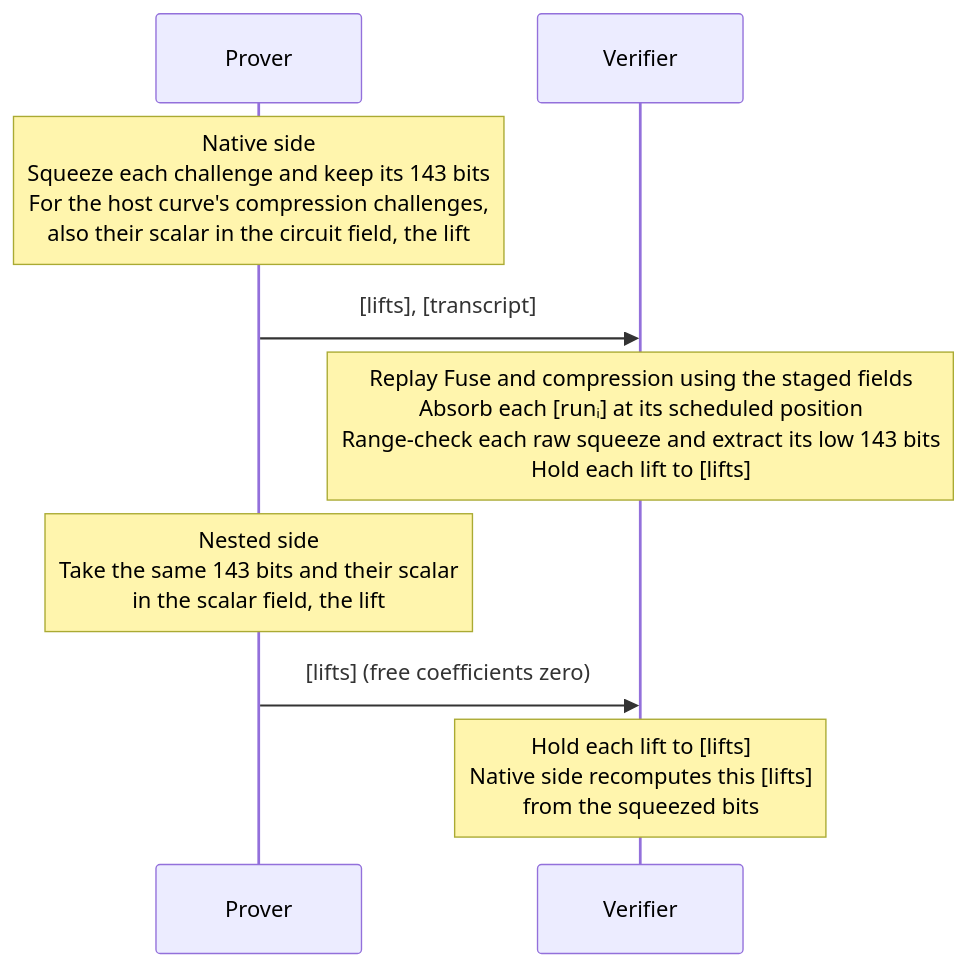
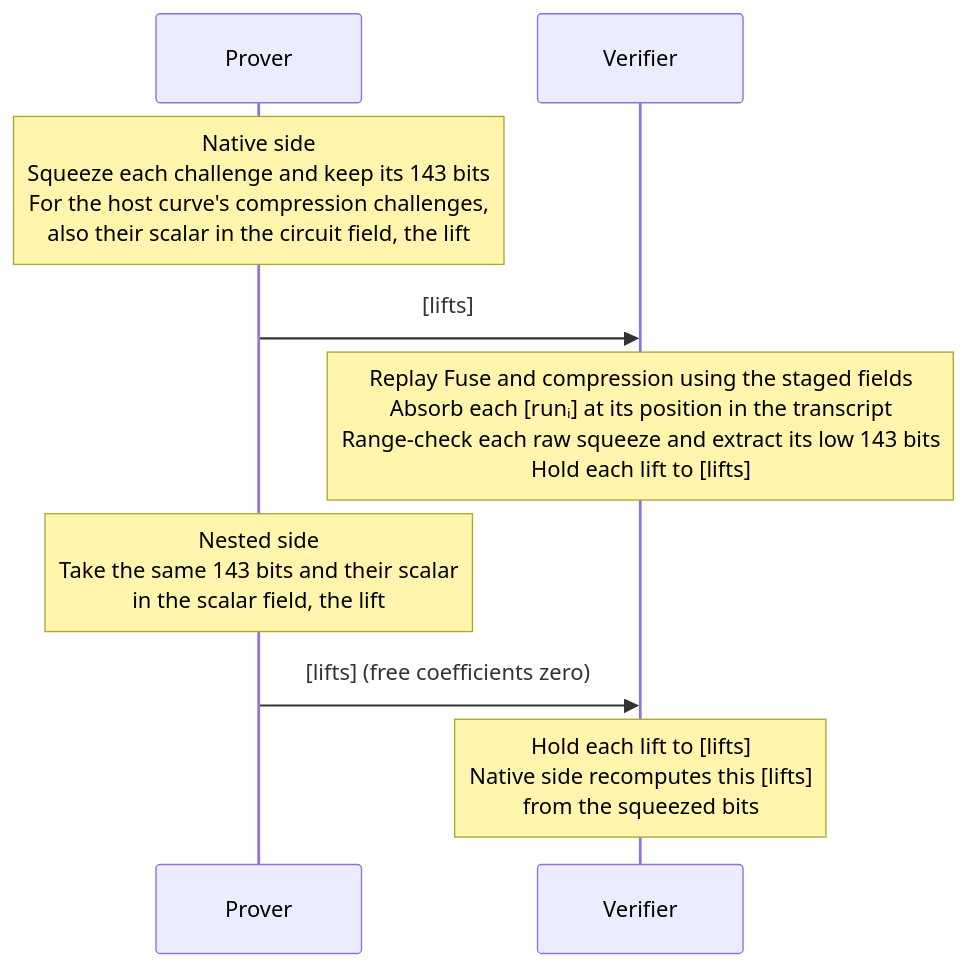
The third of 5 diagrams in book/src/protocol/recursion/decompression.md (tachyon-zcash/ragu), drawn with Mermaid before and after one commit. The commit also changed other lines of this file and 1 other file, not shown here.

````diff
--- a/book/src/protocol/recursion/decompression.md
+++ b/book/src/protocol/recursion/decompression.md
@@ -149,11 +151,11 @@
 ```mermaid
 sequenceDiagram
     participant P as Prover
     participant V as Verifier
     Note over P: Native side<br/>Squeeze each challenge and keep its 143 bits<br/>For the host curve's compression challenges,<br/>also their scalar in the circuit field, the lift
-    P->>V: [lifts], [transcript]
-    Note over V: Replay Fuse and compression using the staged fields<br/>Absorb each [runᵢ] at its scheduled position<br/>Range-check each raw squeeze and extract its low 143 bits<br/>Hold each lift to [lifts]
+    P->>V: [lifts]
+    Note over V: Replay Fuse and compression using the staged fields<br/>Absorb each [runᵢ] at its position in the transcript<br/>Range-check each raw squeeze and extract its low 143 bits<br/>Hold each lift to [lifts]
     Note over P: Nested side<br/>Take the same 143 bits and their scalar<br/>in the scalar field, the lift
     P->>V: [lifts] (free coefficients zero)
     Note over V: Hold each lift to [lifts]<br/>Native side recomputes this [lifts]<br/>from the squeezed bits
 ```
````
